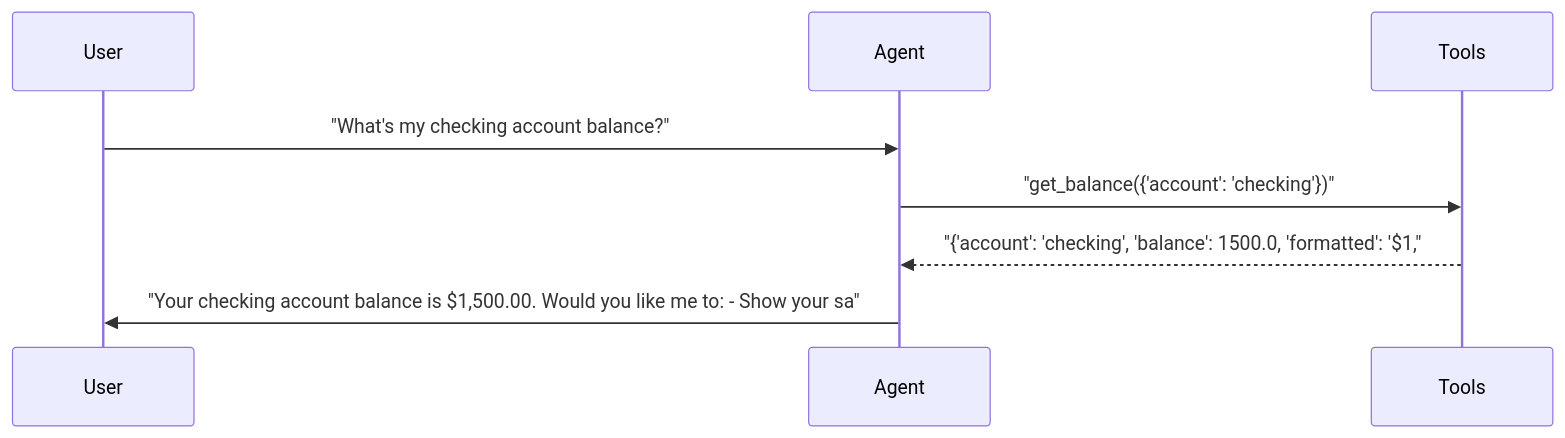
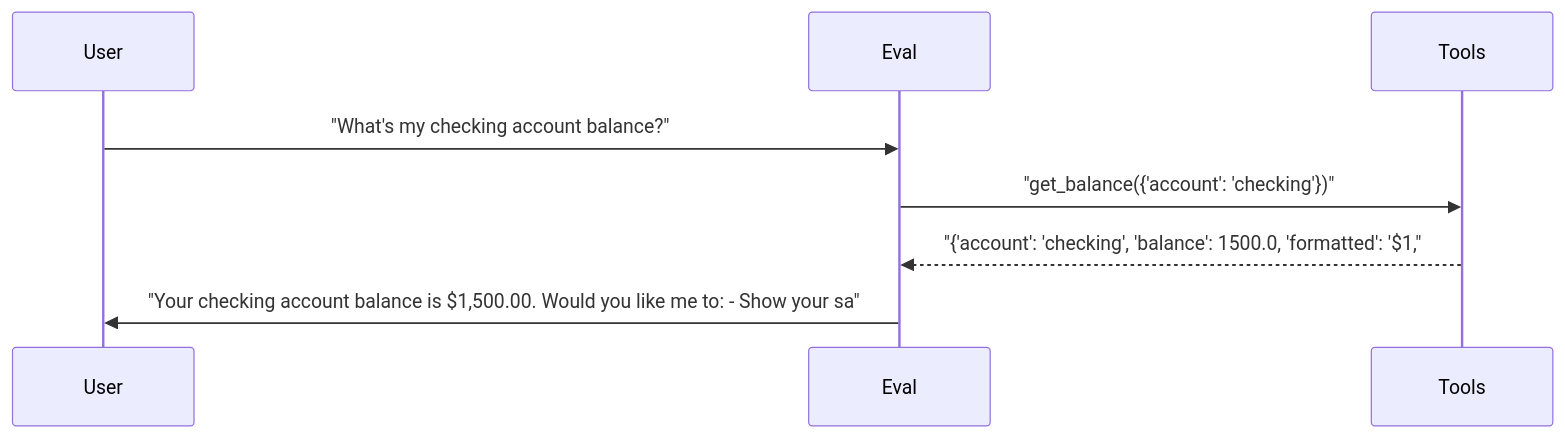
Before and after one commit to sbroenne/pytest-skill-engineering: the third of 6 diagrams in docs/reports/04_agent_selector.md, drawn with Mermaid. The commit also changed other lines of this file and 155 other files, not shown here.

````diff
--- a/docs/reports/04_agent_selector.md
+++ b/docs/reports/04_agent_selector.md
@@ -272,11 +272,11 @@
 ```mermaid
 sequenceDiagram
     participant User
-    participant Agent
+    participant Eval
     participant Tools
 
-    User->>Agent: "What's my checking account balance?"
-    Agent->>Tools: "get_balance({'account': 'checking'})"
-    Tools-->>Agent: "{'account': 'checking', 'balance': 1500.0, 'formatted': '$1,"
-    Agent->>User: "Your checking account balance is $1,500.00. Would you like me to: - Show your sa"
+    User->>Eval: "What's my checking account balance?"
+    Eval->>Tools: "get_balance({'account': 'checking'})"
+    Tools-->>Eval: "{'account': 'checking', 'balance': 1500.0, 'formatted': '$1,"
+    Eval->>User: "Your checking account balance is $1,500.00. Would you like me to: - Show your sa"
 ```
````
